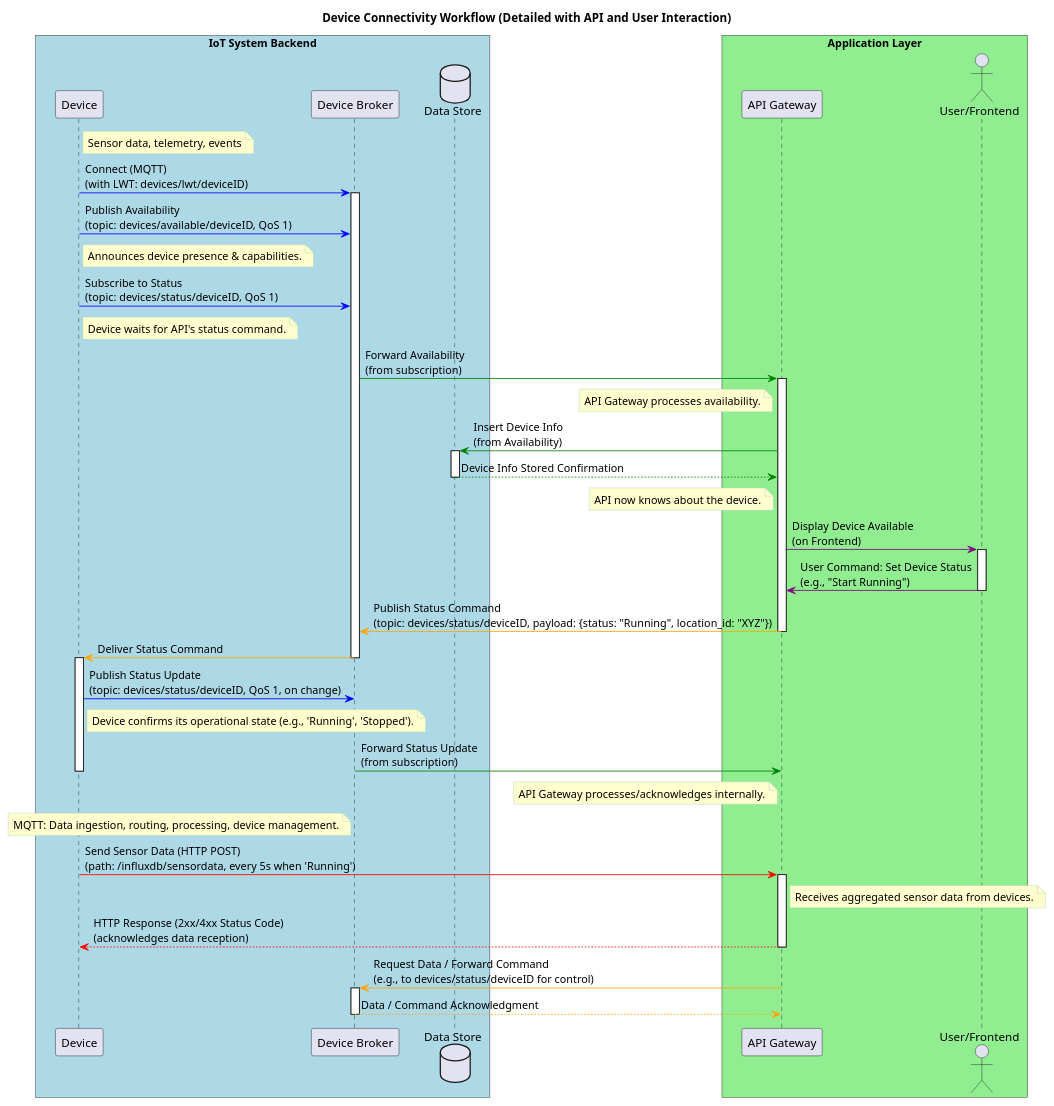
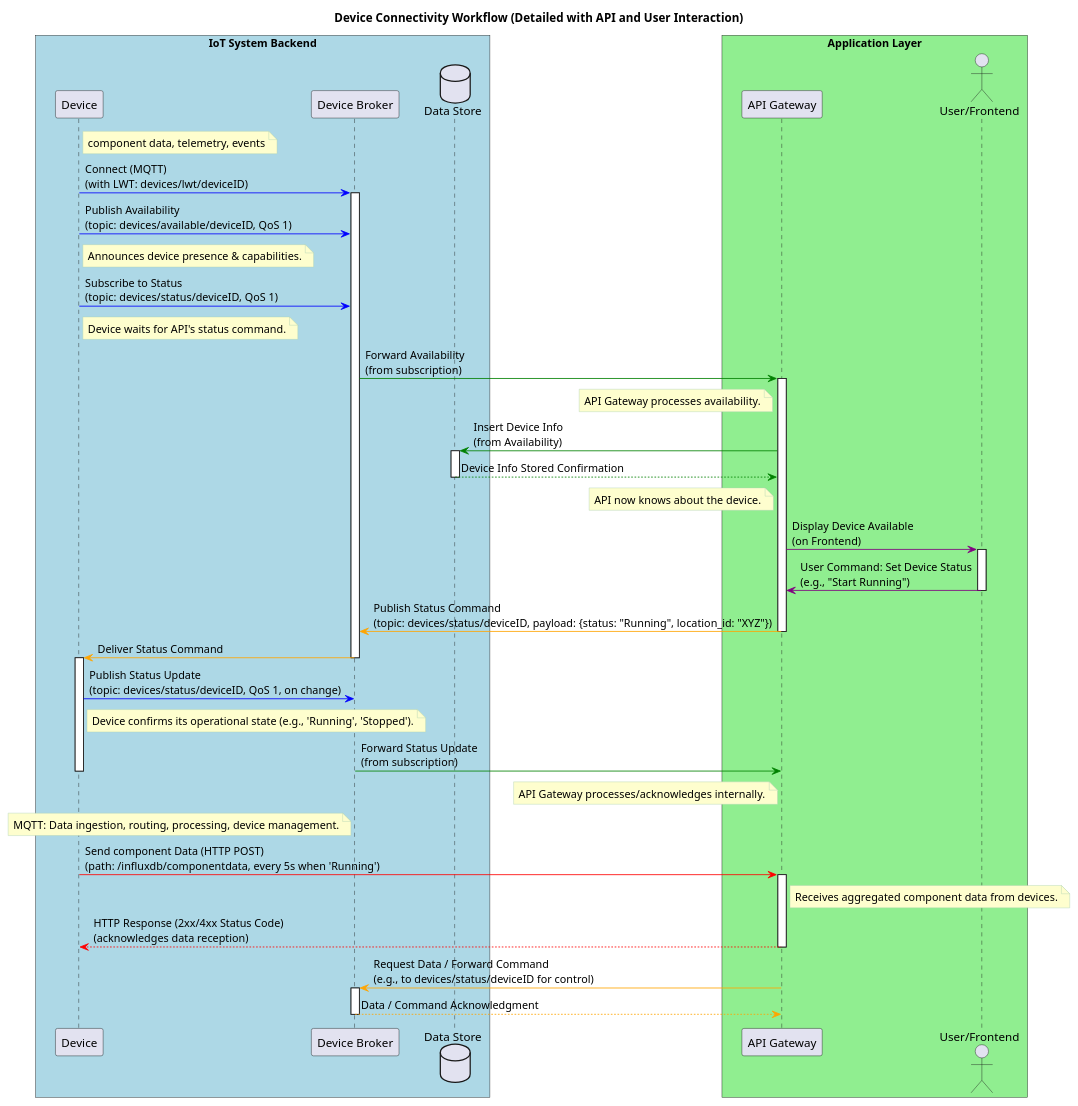
The diagram in STM32Sequence.puml (Flamware/CapIot.api), drawn with PlantUML before and after one commit. The commit also changed 22 other files, not shown here.

```diff
--- a/STM32Sequence.puml
+++ b/STM32Sequence.puml
@@ -1,81 +1,81 @@
 @startuml
 ' Styling for a cleaner look
 skinparam ParticipantPadding 20
 skinparam BoxPadding 10
 skinparam NoteBorderColor #ADD1B2
 skinparam NoteBackgroundColor #FEFECE
 skinparam ArrowColor #4CAF50
 skinparam LineColor #4CAF50
 skinparam Shadowing false
 
 title Device Connectivity Workflow (Detailed with API and User Interaction)
 
 box "IoT System Backend" #LightBlue
     participant "Device" as D
     participant "Device Broker" as DB
     database "Data Store" as DS
 end box
 
 box "Application Layer" #LightGreen
     participant "API Gateway" as API
     actor "User/Frontend" as U
 end box
 
-note right of D : Sensor data, telemetry, events
+note right of D : component data, telemetry, events
 
 ' Device to Device Broker (MQTT) - Initial Connection & Availability
 D -[#blue]> DB : Connect (MQTT)\n(with LWT: devices/lwt/deviceID)
 activate DB
 
 
 D -[#blue]> DB : Publish Availability\n(topic: devices/available/deviceID, QoS 1)
 note right of D : Announces device presence & capabilities.
 
 ' Device subscribes to its status topic immediately after connect
 D -[#blue]> DB : Subscribe to Status\n(topic: devices/status/deviceID, QoS 1)
 note right of D : Device waits for API's status command.
 
 DB -[#green]> API : Forward Availability\n(from subscription)
 activate API
 note left of API : API Gateway processes availability.
 
 API -[#green]> DS : Insert Device Info\n(from Availability)
 activate DS
 DS --[#green]> API : Device Info Stored Confirmation
 deactivate DS
 note left of API : API now knows about the device.
 
 API -[#purple]> U : Display Device Available\n(on Frontend)
 activate U
 U -[#purple]> API : User Command: Set Device Status\n(e.g., "Start Running")
 deactivate U
 
 API -[#orange]> DB : Publish Status Command\n(topic: devices/status/deviceID, payload: {status: "Running", location_id: "XYZ"})
 deactivate API
 DB -[#orange]> D : Deliver Status Command
 deactivate DB
 
 ' Device to Device Broker (MQTT) - Status Update (in response to command)
 activate D
 D -[#blue]> DB : Publish Status Update\n(topic: devices/status/deviceID, QoS 1, on change)
 note right of D : Device confirms its operational state (e.g., 'Running', 'Stopped').
 DB -[#green]> API : Forward Status Update\n(from subscription)
 note left of API : API Gateway processes/acknowledges internally.
 deactivate D
 
 note left of DB : MQTT: Data ingestion, routing, processing, device management.
 
-' Device to API Gateway (HTTP POST) - Sensor Data
-D -[#red]> API : Send Sensor Data (HTTP POST)\n(path: /influxdb/sensordata, every 5s when 'Running')
+' Device to API Gateway (HTTP POST) - component Data
+D -[#red]> API : Send component Data (HTTP POST)\n(path: /influxdb/componentdata, every 5s when 'Running')
 activate API
-note right of API : Receives aggregated sensor data from devices.
+note right of API : Receives aggregated component data from devices.
 API --[#red]> D : HTTP Response (2xx/4xx Status Code)\n(acknowledges data reception)
 deactivate API
 
 ' API Gateway to Device Broker (for commands/data) - General interaction
 API -[#orange]> DB : Request Data / Forward Command\n(e.g., to devices/status/deviceID for control)
 activate DB
 DB --[#orange]> API : Data / Command Acknowledgment
 deactivate DB
 
 @enduml
```
